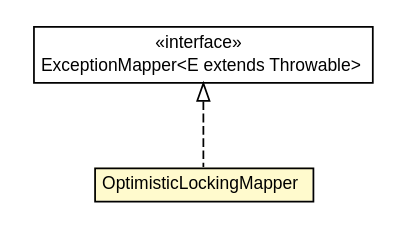
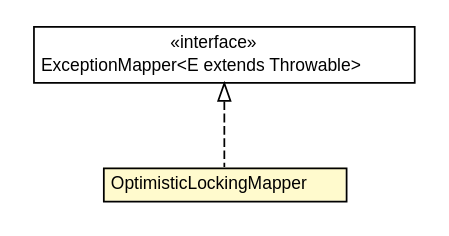
Before and after one commit to trajano/doxdb: the diagram in doxdb-rest/apidocs/net/trajano/doxdb/rest/OptimisticLockingMapper.dot, drawn with Graphviz. The commit also changed 166 other files, not shown here.

```diff
--- a/doxdb-rest/apidocs/net/trajano/doxdb/rest/OptimisticLockingMapper.dot
+++ b/doxdb-rest/apidocs/net/trajano/doxdb/rest/OptimisticLockingMapper.dot
@@ -1,27 +1,27 @@
 #!/usr/local/bin/dot
 #
 # Class diagram 
 # Generated by UMLGraph version R5_6-24-gf6e263 (http://www.umlgraph.org/)
 #
 
 digraph G {
-	edge [fontname="arial",fontsize=10,labelfontname="arial",labelfontsize=10];
-	node [fontname="arial",fontsize=10,shape=plaintext];
+	edge [fontname="Helvetica",fontsize=10,labelfontname="Helvetica",labelfontsize=10];
+	node [fontname="Helvetica",fontsize=10,shape=plaintext];
 	nodesep=0.25;
 	ranksep=0.5;
 	// net.trajano.doxdb.rest.OptimisticLockingMapper
-	c193 [label=<<table title="net.trajano.doxdb.rest.OptimisticLockingMapper" border="0" cellborder="1" cellspacing="0" cellpadding="2" port="p" bgcolor="lemonChiffon" href="./OptimisticLockingMapper.html">
+	c196 [label=<<table title="net.trajano.doxdb.rest.OptimisticLockingMapper" border="0" cellborder="1" cellspacing="0" cellpadding="2" port="p" bgcolor="lemonChiffon" href="./OptimisticLockingMapper.html">
 		<tr><td><table border="0" cellspacing="0" cellpadding="1">
 <tr><td align="center" balign="center"> OptimisticLockingMapper </td></tr>
 		</table></td></tr>
-		</table>>, URL="./OptimisticLockingMapper.html", fontname="arial", fontcolor="black", fontsize=10.0];
+		</table>>, URL="./OptimisticLockingMapper.html", fontname="Helvetica", fontcolor="black", fontsize=10.0];
 	//net.trajano.doxdb.rest.OptimisticLockingMapper implements javax.ws.rs.ext.ExceptionMapper<E extends java.lang.Throwable>
-	c198:p -> c193:p [dir=back,arrowtail=empty,style=dashed];
+	c198:p -> c196:p [dir=back,arrowtail=empty,style=dashed];
 	// javax.ws.rs.ext.ExceptionMapper<E extends java.lang.Throwable>
 	c198 [label=<<table title="javax.ws.rs.ext.ExceptionMapper" border="0" cellborder="1" cellspacing="0" cellpadding="2" port="p" href="http://java.sun.com/j2se/1.4.2/docs/api/javax/ws/rs/ext/ExceptionMapper.html">
 		<tr><td><table border="0" cellspacing="0" cellpadding="1">
 <tr><td align="center" balign="center"> &#171;interface&#187; </td></tr>
 <tr><td align="center" balign="center"> ExceptionMapper&lt;E extends Throwable&gt; </td></tr>
 		</table></td></tr>
-		</table>>, URL="http://java.sun.com/j2se/1.4.2/docs/api/javax/ws/rs/ext/ExceptionMapper.html", fontname="arial", fontcolor="black", fontsize=10.0];
+		</table>>, URL="http://java.sun.com/j2se/1.4.2/docs/api/javax/ws/rs/ext/ExceptionMapper.html", fontname="Helvetica", fontcolor="black", fontsize=10.0];
 }
```
